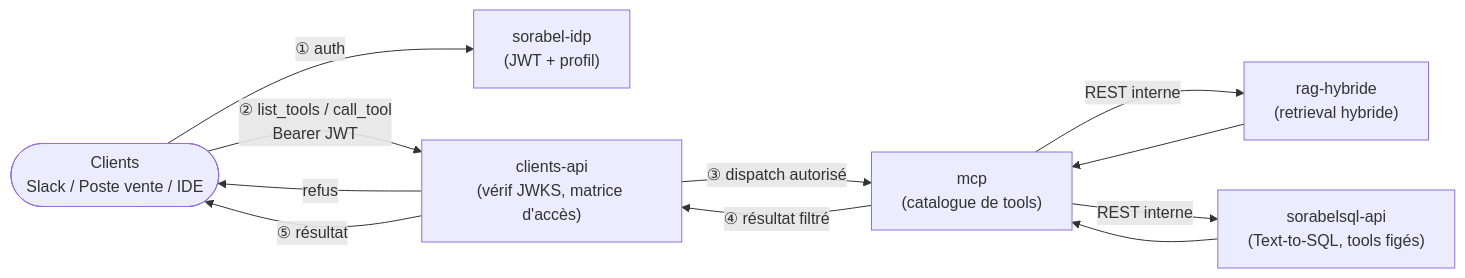
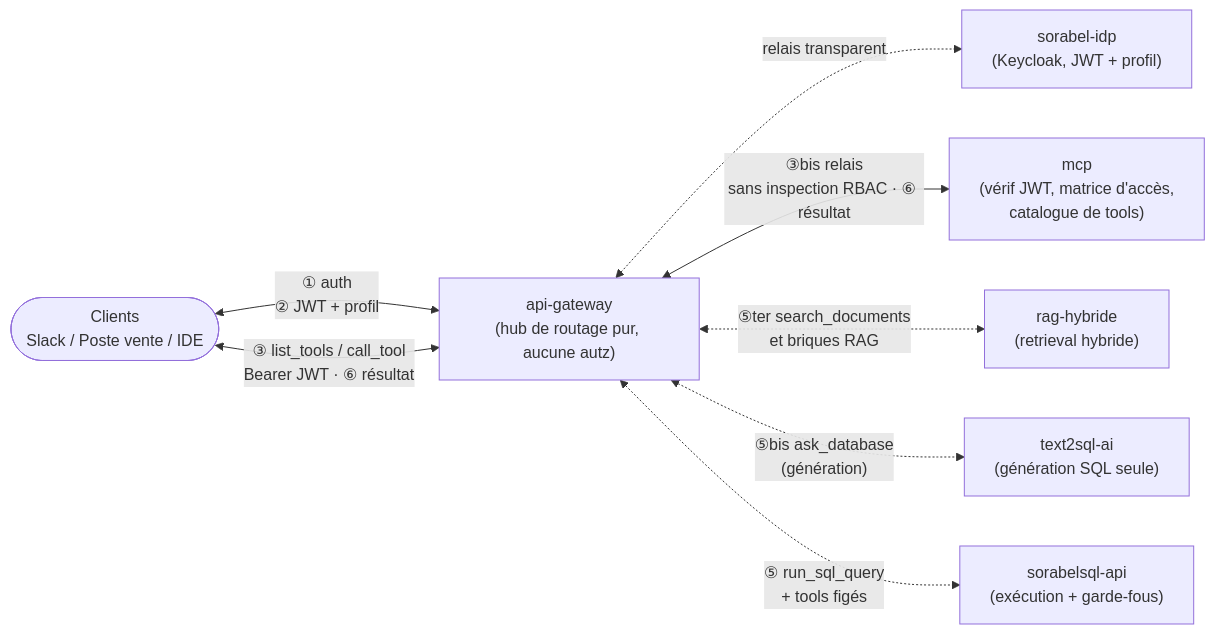
Before and after one commit to acerolaz/sorabel: the diagram in CLAUDE.md, drawn with Mermaid. The commit also changed other lines of this file and 48 other files, not shown here.

````diff
--- a/CLAUDE.md
+++ b/CLAUDE.md
@@ -47,13 +56,12 @@
 ```mermaid
 flowchart LR
-    Client(["Clients<br/>Slack / Poste vente / IDE"]) -->|"① auth"| IP["sorabel-idp<br/>(JWT + profil)"]
-    Client -->|"② list_tools / call_tool<br/>Bearer JWT"| AG["clients-api<br/>(vérif JWKS, matrice d'accès)"]
-    AG -->|"③ dispatch autorisé"| MCP["mcp<br/>(catalogue de tools)"]
-    AG -->|"refus"| Client
-    MCP -->|"REST interne"| RAG["rag-hybride<br/>(retrieval hybride)"]
-    MCP -->|"REST interne"| TA["sorabelsql-api<br/>(Text-to-SQL, tools figés)"]
-    RAG --> MCP
-    TA --> MCP
-    MCP -->|"④ résultat filtré"| AG
-    AG -->|"⑤ résultat"| Client
+    Client(["Clients<br/>Slack / Poste vente / IDE"]) <-->|"① auth<br/>② JWT + profil"| AG
+    Client <-->|"③ list_tools / call_tool<br/>Bearer JWT · ⑥ résultat"| AG["api-gateway<br/>(hub de routage pur, aucune autz)"]
+
+    AG <-.->|"relais transparent"| IDP["sorabel-idp<br/>(Keycloak, JWT + profil)"]
+    AG <-->|"③bis relais<br/>sans inspection RBAC · ⑥ résultat"| MCP["mcp<br/>(vérif JWT, matrice d'accès,<br/>catalogue de tools)"]
+
+    AG <-.->|"⑤ter search_documents<br/>et briques RAG"| RAG["rag-hybride<br/>(retrieval hybride)"]
+    AG <-.->|"⑤bis ask_database<br/>(génération)"| T2S["text2sql-ai<br/>(génération SQL seule)"]
+    AG <-.->|"⑤ run_sql_query<br/>+ tools figés"| SQLAPI["sorabelsql-api<br/>(exécution + garde-fous)"]
 ```
````
